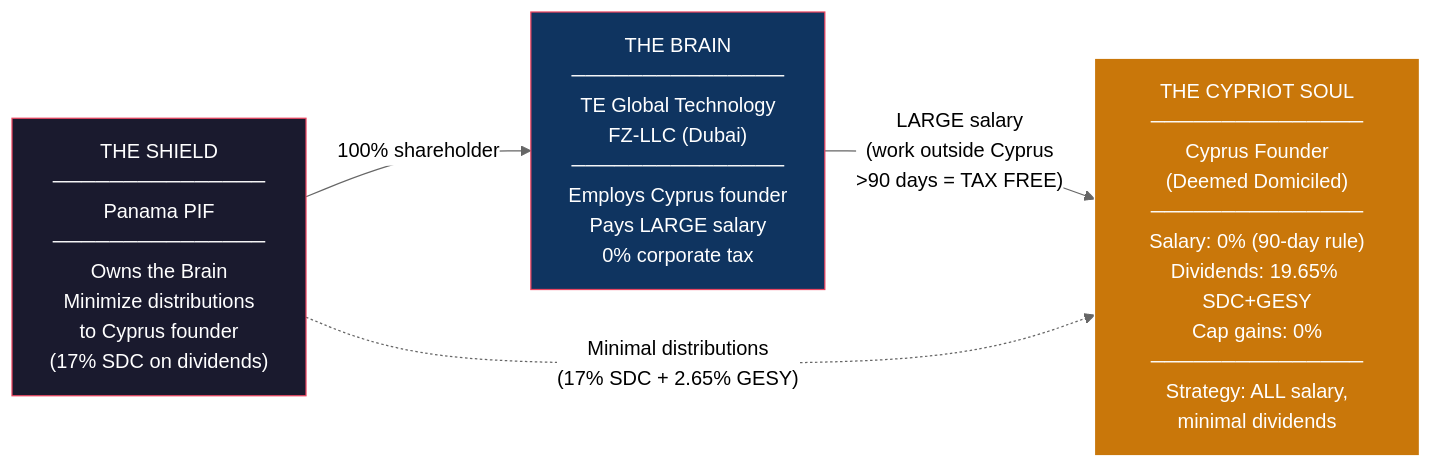
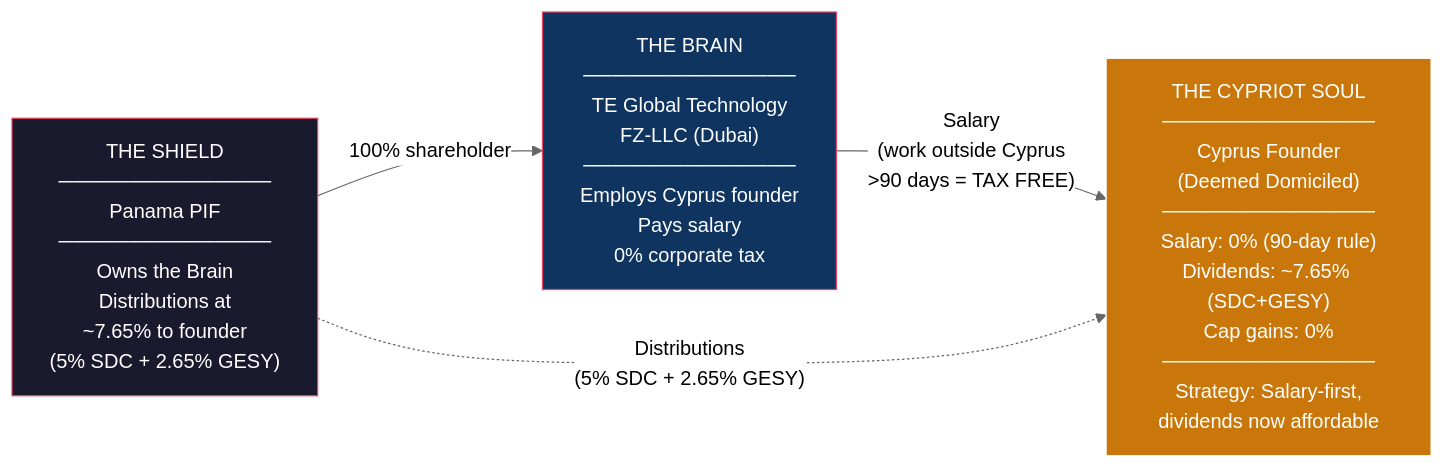
One commit to Light-Brands/epic-center changed the first of 5 diagrams in docs/strategy/CYPRUS_FOUNDER_INTEGRATION.md. Above: the diagram before and after it, drawn with Mermaid (neutral theme). The commit also changed other lines of this file, not shown here.

First line of the commit message:
Update Cyprus strategy with enacted 2026 tax reform and crypto analysis

````diff
--- a/docs/strategy/CYPRUS_FOUNDER_INTEGRATION.md
+++ b/docs/strategy/CYPRUS_FOUNDER_INTEGRATION.md
@@ -19,16 +22,16 @@
 ```mermaid
 graph LR
-    BRAIN["THE BRAIN<br/>───────────────<br/>TE Global Technology<br/>FZ-LLC (Dubai)<br/>───────────────<br/>Employs Cyprus founder<br/>Pays LARGE salary<br/>0% corporate tax"]
+    BRAIN["THE BRAIN<br/>───────────────<br/>TE Global Technology<br/>FZ-LLC (Dubai)<br/>───────────────<br/>Employs Cyprus founder<br/>Pays salary<br/>0% corporate tax"]
 
-    SHIELD["THE SHIELD<br/>───────────────<br/>Panama PIF<br/>───────────────<br/>Owns the Brain<br/>Minimize distributions<br/>to Cyprus founder<br/>(17% SDC on dividends)"]
+    SHIELD["THE SHIELD<br/>───────────────<br/>Panama PIF<br/>───────────────<br/>Owns the Brain<br/>Distributions at<br/>~7.65% to founder<br/>(5% SDC + 2.65% GESY)"]
 
-    CYPRUS["THE CYPRIOT SOUL<br/>───────────────<br/>Cyprus Founder<br/>(Deemed Domiciled)<br/>───────────────<br/>Salary: 0% (90-day rule)<br/>Dividends: 19.65% SDC+GESY<br/>Cap gains: 0%<br/>───────────────<br/>Strategy: ALL salary,<br/>minimal dividends"]
+    CYPRUS["THE CYPRIOT SOUL<br/>───────────────<br/>Cyprus Founder<br/>(Deemed Domiciled)<br/>───────────────<br/>Salary: 0% (90-day rule)<br/>Dividends: ~7.65% (SDC+GESY)<br/>Cap gains: 0%<br/>───────────────<br/>Strategy: Salary-first,<br/>dividends now affordable"]
 
     SHIELD -->|"100% shareholder"| BRAIN
-    BRAIN -->|"LARGE salary<br/>(work outside Cyprus<br/>>90 days = TAX FREE)"| CYPRUS
-    SHIELD -.->|"Minimal distributions<br/>(17% SDC + 2.65% GESY)"| CYPRUS
+    BRAIN -->|"Salary<br/>(work outside Cyprus<br/>>90 days = TAX FREE)"| CYPRUS
+    SHIELD -.->|"Distributions<br/>(5% SDC + 2.65% GESY)"| CYPRUS
 
     style BRAIN fill:#0f3460,stroke:#e94560,color:#fff
     style SHIELD fill:#1a1a2e,stroke:#e94560,color:#fff
     style CYPRUS fill:#c9770a,stroke:#fff,color:#fff
 ```
````
